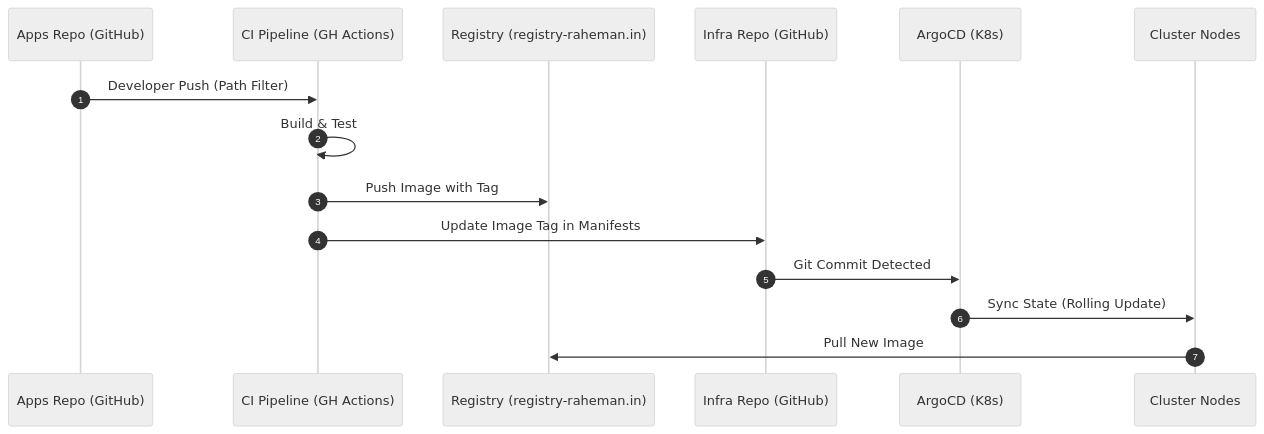
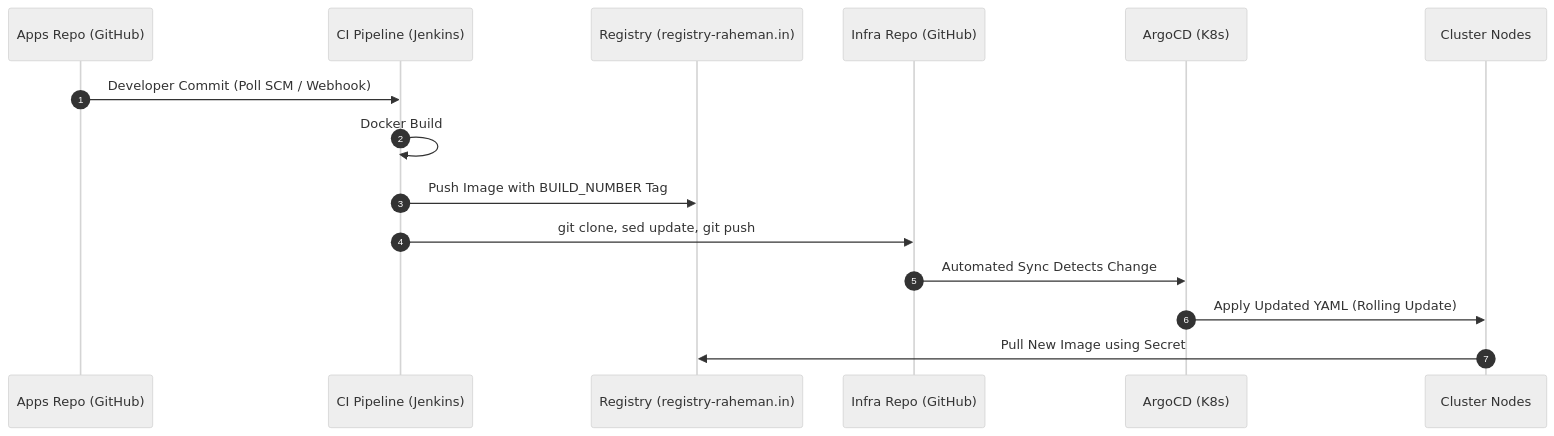
Before and after one commit to Git-Raheman/Infra: the second of 2 diagrams in PLATFORM_MINDMAP.md, drawn with Mermaid (neutral theme). The commit also changed other lines of this file and 13 other files, not shown here.

````diff
--- a/PLATFORM_MINDMAP.md
+++ b/PLATFORM_MINDMAP.md
@@ -86,18 +81,18 @@
 ```mermaid
 sequenceDiagram
     autonumber
     participant AppRepo as Apps Repo (GitHub)
-    participant CI as CI Pipeline (GH Actions)
+    participant CI as CI Pipeline (Jenkins)
     participant Reg as Registry (registry-raheman.in)
     participant InfraRepo as Infra Repo (GitHub)
     participant Argo as ArgoCD (K8s)
     participant K8s as Cluster Nodes
 
-    AppRepo->>CI: Developer Push (Path Filter)
-    CI->>CI: Build & Test
-    CI->>Reg: Push Image with Tag
-    CI->>InfraRepo: Update Image Tag in Manifests
-    InfraRepo->>Argo: Git Commit Detected
-    Argo->>K8s: Sync State (Rolling Update)
-    K8s->>Reg: Pull New Image
+    AppRepo->>CI: Developer Commit (Poll SCM / Webhook)
+    CI->>CI: Docker Build
+    CI->>Reg: Push Image with BUILD_NUMBER Tag
+    CI->>InfraRepo: git clone, sed update, git push
+    InfraRepo->>Argo: Automated Sync Detects Change
+    Argo->>K8s: Apply Updated YAML (Rolling Update)
+    K8s->>Reg: Pull New Image using Secret
 ```
````
